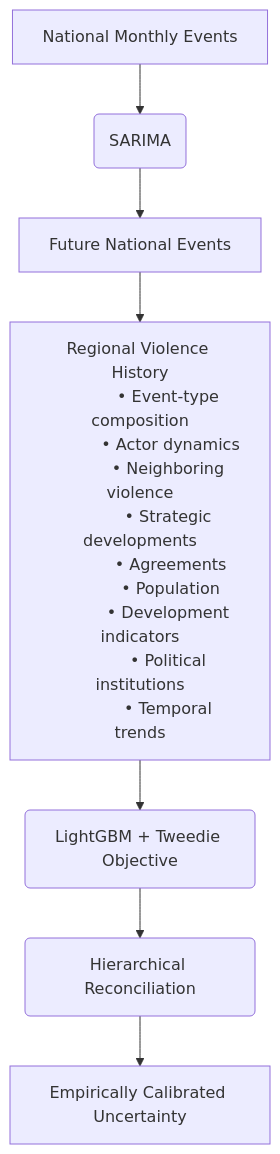
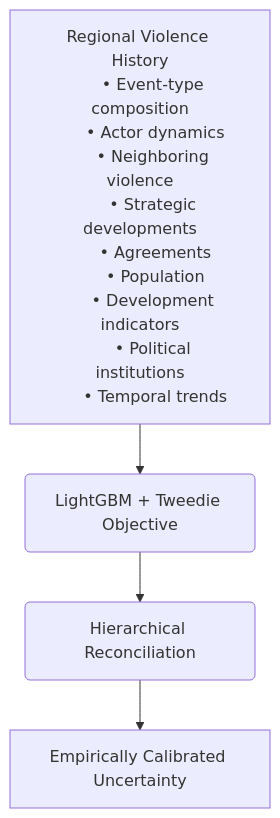
The second of 2 diagrams in README.md (HtetPaing88/Forecasting-Political-Violence-in-Myanmar-Using-Python), drawn with Mermaid before and after one commit.

Commit message:
Revise flowchart in README for clarity
Updated flowchart to reflect changes in the architecture, consolidating elements related to Regional Violence History and adjusting the flow.

````diff
--- a/README.md
+++ b/README.md
@@ -589,20 +589,15 @@
 ```mermaid
 flowchart TD
-    A[National Monthly Events] --> B(SARIMA)
-    B --> C[Future National Events]
-
-    C --> D[Regional Violence History
-            • Event-type composition
-            • Actor dynamics
-            • Neighboring violence
-            • Strategic developments
-            • Agreements
-            • Population
-            • Development indicators
-            • Political institutions
-            • Temporal trends]
-
-    D --> E(LightGBM + Tweedie Objective)
-    E --> F(Hierarchical Reconciliation)
-    F --> G[Empirically Calibrated Uncertainty]
+    A[Regional Violence History
+      • Event-type composition
+      • Actor dynamics
+      • Neighboring violence
+      • Strategic developments
+      • Agreements
+      • Population
+      • Development indicators
+      • Political institutions
+      • Temporal trends] --> B(LightGBM + Tweedie Objective)
+    B --> C(Hierarchical Reconciliation)
+    C --> D[Empirically Calibrated Uncertainty]
 ```
````
